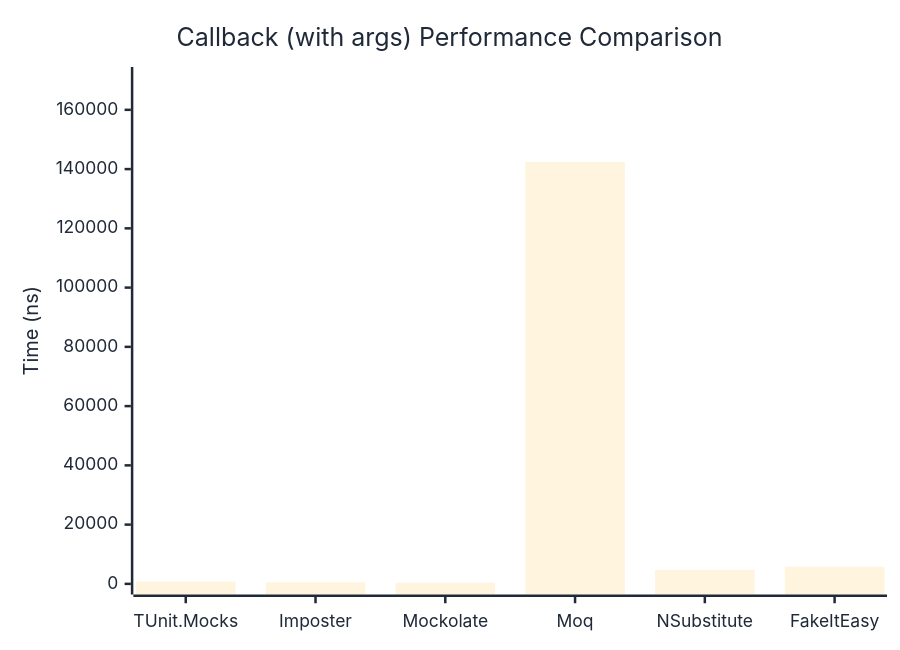
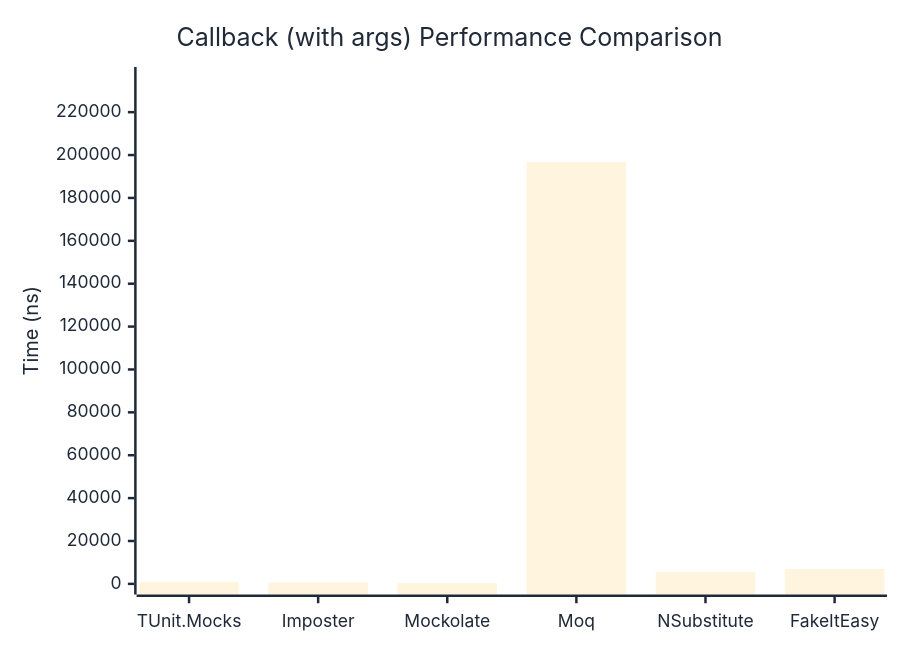
Before and after one commit to thomhurst/TUnit: the second of 2 diagrams in docs/docs/benchmarks/mocks/Callback.md, drawn with Mermaid. The commit also changed other lines of this file and 14 other files, not shown here.

````diff
--- a/docs/docs/benchmarks/mocks/Callback.md
+++ b/docs/docs/benchmarks/mocks/Callback.md
@@ -71,27 +71,27 @@
 ```mermaid
 %%{init: {
   'theme':'base',
   'themeVariables': {
     'primaryColor': '#2563eb',
     'primaryTextColor': '#1f2937',
     'primaryBorderColor': '#1e40af',
     'lineColor': '#6b7280',
     'secondaryColor': '#7c3aed',
     'tertiaryColor': '#dc2626',
     'background': '#ffffff',
     'pie1': '#2563eb',
     'pie2': '#7c3aed',
     'pie3': '#dc2626',
     'pie4': '#f59e0b',
     'pie5': '#10b981',
     'pie6': '#06b6d4',
     'pie7': '#ec4899',
     'pie8': '#6366f1'
   }
 }}%%
 xychart-beta
   title "Callback (with args) Performance Comparison"
   x-axis ["TUnit.Mocks", "Imposter", "Mockolate", "Moq", "NSubstitute", "FakeItEasy"]
-  y-axis "Time (ns)" 0 --> 170870
-  bar [766.9, 534.5, 380.3, 142391.3, 4704, 5804.3]
+  y-axis "Time (ns)" 0 --> 236110
+  bar [846.5, 580.3, 430.3, 196757.9, 5578.5, 6904.4]
 ```
````
